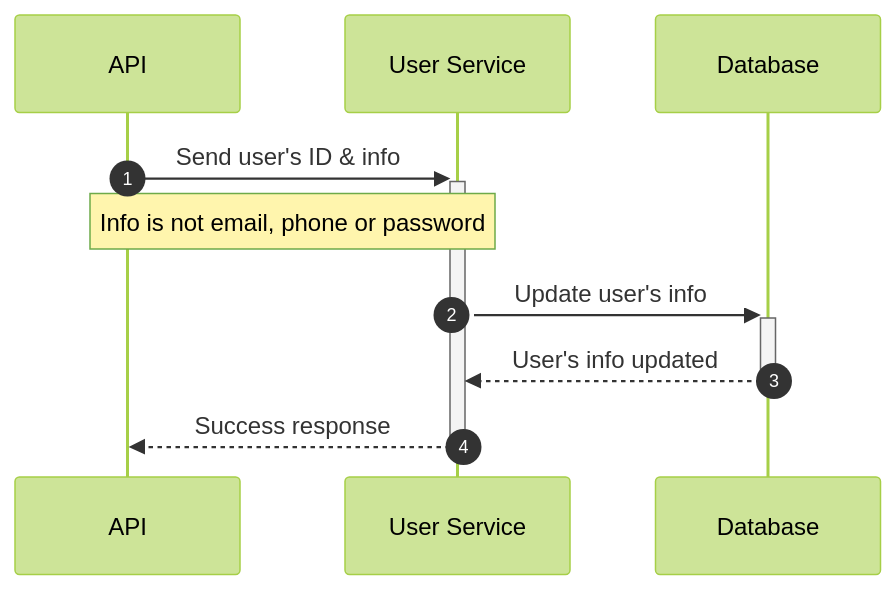
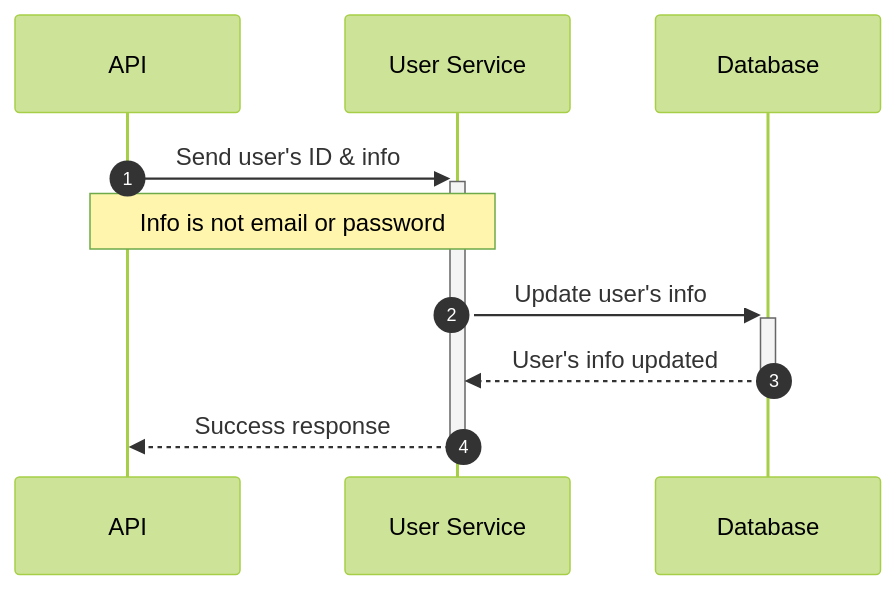
One commit to escalopa/fingo changed the second of 6 diagrams in user/README.md. Above: the diagram before and after it, drawn with Mermaid (forest theme). The commit also changed other lines of this file and 29 other files, not shown here.

Commit message:
refactor(user): fix basic components for user service

````diff
--- a/user/README.md
+++ b/user/README.md
@@ -38,9 +37,9 @@
 ```mermaid
 sequenceDiagram
   autonumber
   API->>+User Service: Send user's ID & info
-  Note over API, User Service: Info is not email, phone or password
+  Note over API, User Service: Info is not email or password
   User Service->>+Database: Update user's info
   Database-->>-User Service: User's info updated
   User Service-->>-API: Success response
 ```
````
